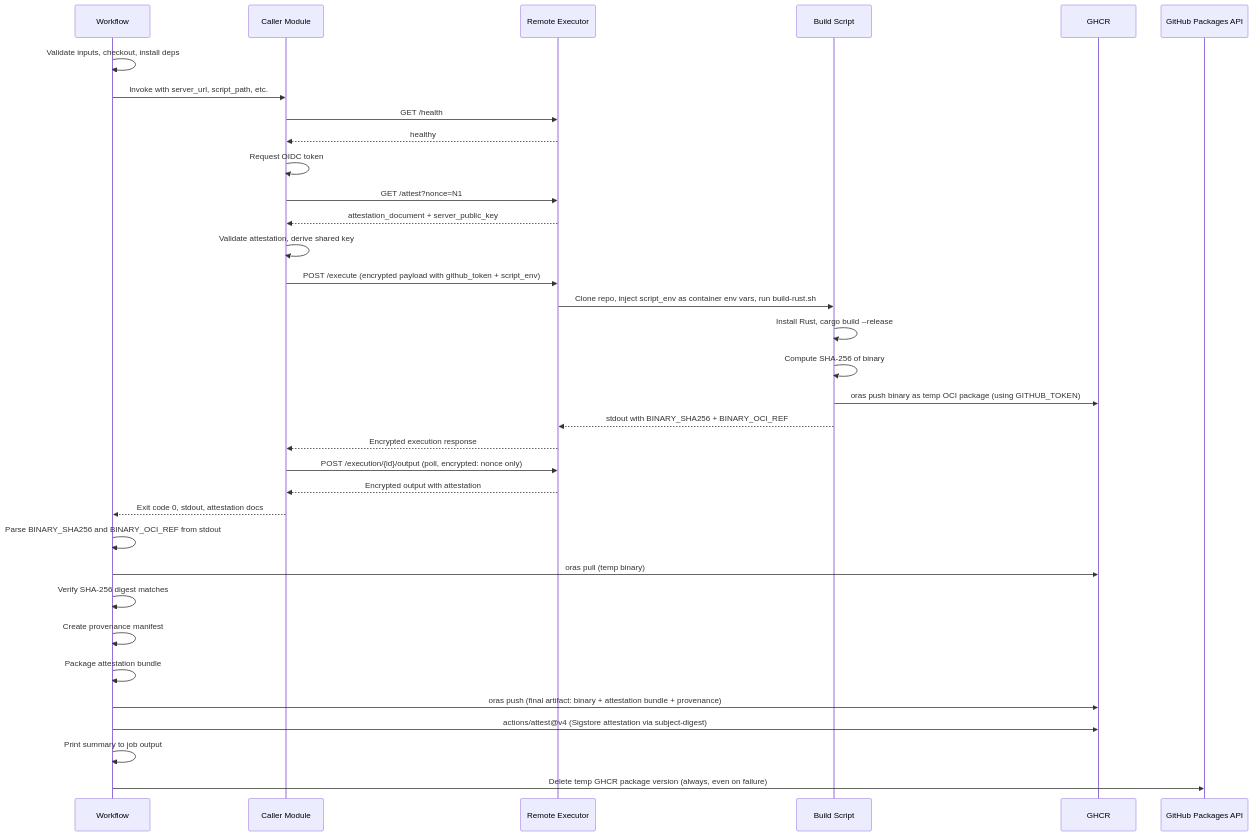
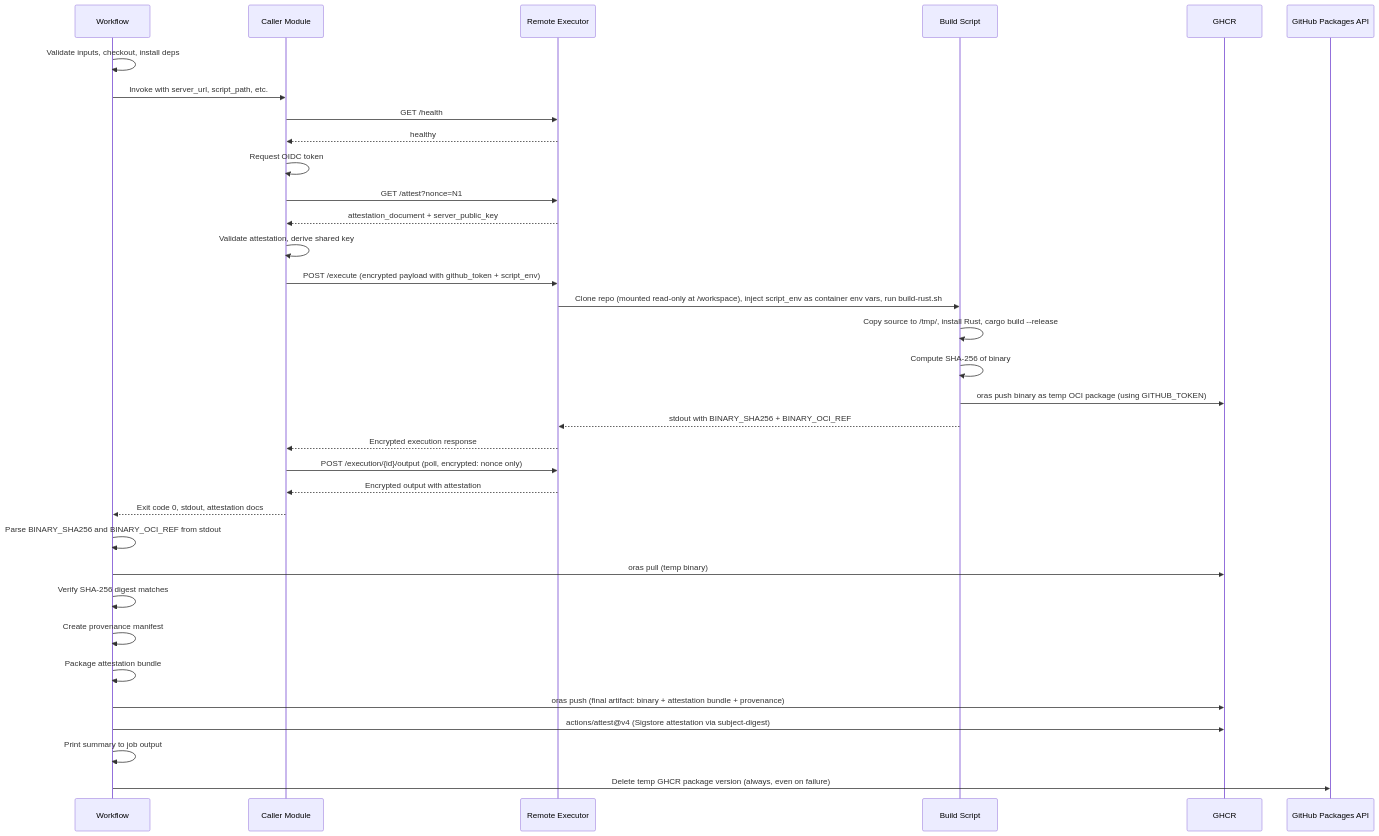
One commit to richardfan1126/github-runner-ec2-attestation-rust-build-demo changed the second of 2 diagrams in .kiro/specs/rust-attestated-build/design.md. Above: the diagram before and after it, drawn with Mermaid. The commit also changed other lines of this file and 2 other files, not shown here.

Commit message:
spec: update build pipeline for /workspace read-only constraint (copy source to /tmp/ before compile)

````diff
--- a/.kiro/specs/rust-attestated-build/design.md
+++ b/.kiro/specs/rust-attestated-build/design.md
@@ -69,37 +69,37 @@
 ```mermaid
 sequenceDiagram
     participant WF as Workflow
     participant CALLER as Caller Module
     participant RE as Remote Executor
     participant BS as Build Script
     participant GHCR as GHCR
     participant GH_API as GitHub Packages API
 
     WF->>WF: Validate inputs, checkout, install deps
     WF->>CALLER: Invoke with server_url, script_path, etc.
     CALLER->>RE: GET /health
     RE-->>CALLER: healthy
     CALLER->>CALLER: Request OIDC token
     CALLER->>RE: GET /attest?nonce=N1
     RE-->>CALLER: attestation_document + server_public_key
     CALLER->>CALLER: Validate attestation, derive shared key
     CALLER->>RE: POST /execute (encrypted payload with github_token + script_env)
-    RE->>BS: Clone repo, inject script_env as container env vars, run build-rust.sh
-    BS->>BS: Install Rust, cargo build --release
+    RE->>BS: Clone repo (mounted read-only at /workspace), inject script_env as container env vars, run build-rust.sh
+    BS->>BS: Copy source to /tmp/, install Rust, cargo build --release
     BS->>BS: Compute SHA-256 of binary
     BS->>GHCR: oras push binary as temp OCI package (using GITHUB_TOKEN)
     BS-->>RE: stdout with BINARY_SHA256 + BINARY_OCI_REF
     RE-->>CALLER: Encrypted execution response
     CALLER->>RE: POST /execution/{id}/output (poll, encrypted: nonce only)
     RE-->>CALLER: Encrypted output with attestation
     CALLER-->>WF: Exit code 0, stdout, attestation docs
     WF->>WF: Parse BINARY_SHA256 and BINARY_OCI_REF from stdout
     WF->>GHCR: oras pull (temp binary)
     WF->>WF: Verify SHA-256 digest matches
     WF->>WF: Create provenance manifest
     WF->>WF: Package attestation bundle
     WF->>GHCR: oras push (final artifact: binary + attestation bundle + provenance)
     WF->>GHCR: actions/attest@v4 (Sigstore attestation via subject-digest)
     WF->>WF: Print summary to job output
     WF->>GH_API: Delete temp GHCR package version (always, even on failure)
 ```
````
